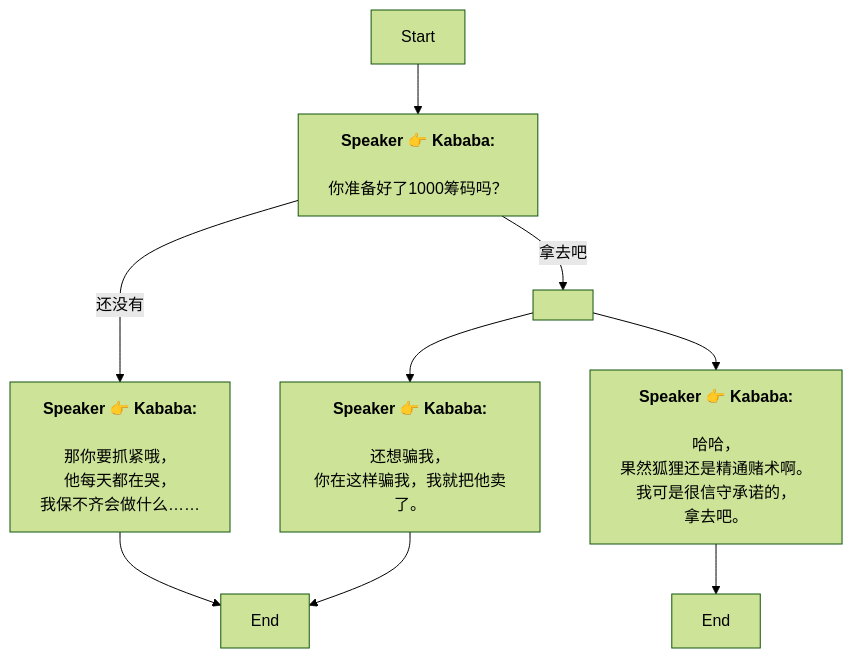
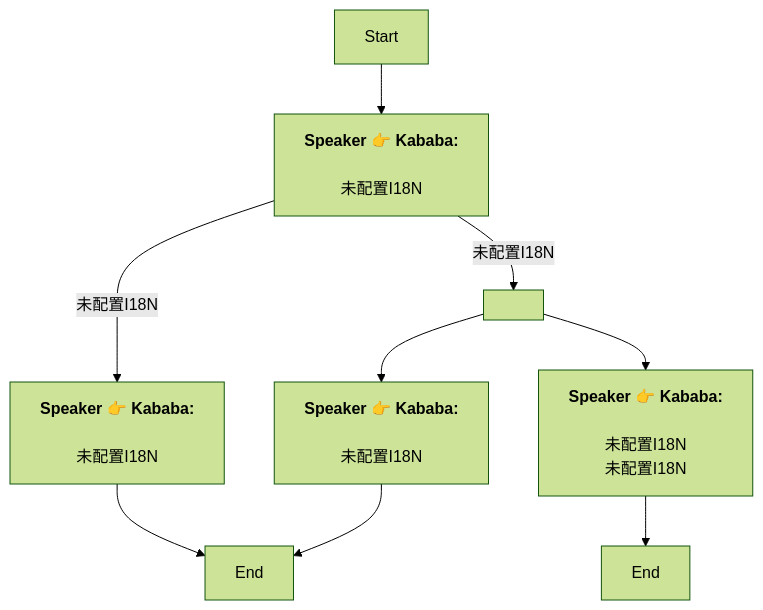
One commit to SoftHu/tos_avg changed the diagram in Zh/QuestNPCDeliveryENode_1766069555466055.md. Above: the diagram before and after it, drawn with Mermaid (forest theme). The commit also changed 730 other files, not shown here.

````diff
--- a/Zh/QuestNPCDeliveryENode_1766069555466055.md
+++ b/Zh/QuestNPCDeliveryENode_1766069555466055.md
@@ -1,21 +1,16 @@
 ```mermaid
 graph
 Start -->1766069635475282[<b>Speaker 👉 Kababa:</b>
-\n你准备好了1000筹码吗？]
-1766069635475282 -->|还没有|1766069635477334[<b>Speaker 👉 Kababa:</b>
-\n那你要抓紧哦，
-他每天都在哭，
-我保不齐会做什么……]
-1766069635475282 -->|拿去吧|1766069664208736[ ]
+\n未配置I18N]
+1766069635475282 -->|未配置I18N|1766069635477334[<b>Speaker 👉 Kababa:</b>
+\n未配置I18N]
+1766069635475282 -->|未配置I18N|1766069664208736[ ]
 1766069635477334 -->1766069650269023[End]
 1766069664208736 -->1766069635478359[<b>Speaker 👉 Kababa:</b>
-\n哈哈，
-果然狐狸还是精通赌术啊。\n我可是很信守承诺的，
-拿去吧。]
+\n未配置I18N\n未配置I18N]
 1766069664208736 -->1766069679562593[<b>Speaker 👉 Kababa:</b>
-\n还想骗我，
-你在这样骗我，我就把他卖了。]
+\n未配置I18N]
 1766069635478359 -->1766069708317538[End]
 1766069679562593 -->1766069650269023[End]
 
 ```
````
